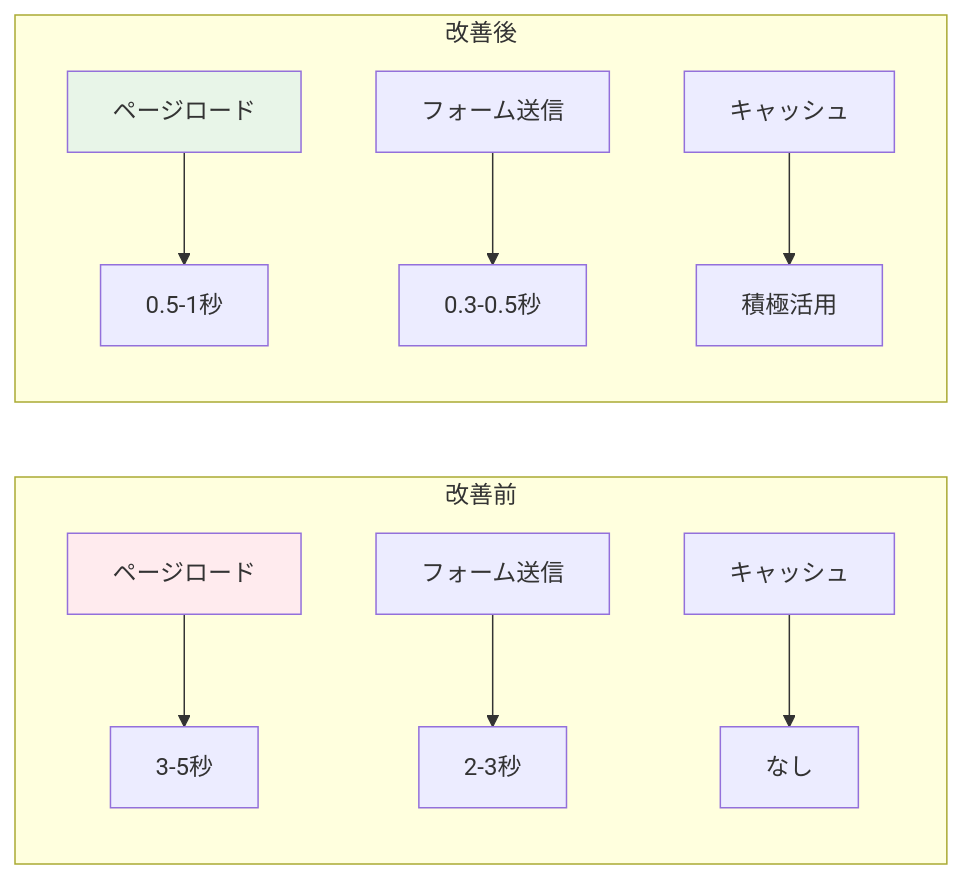
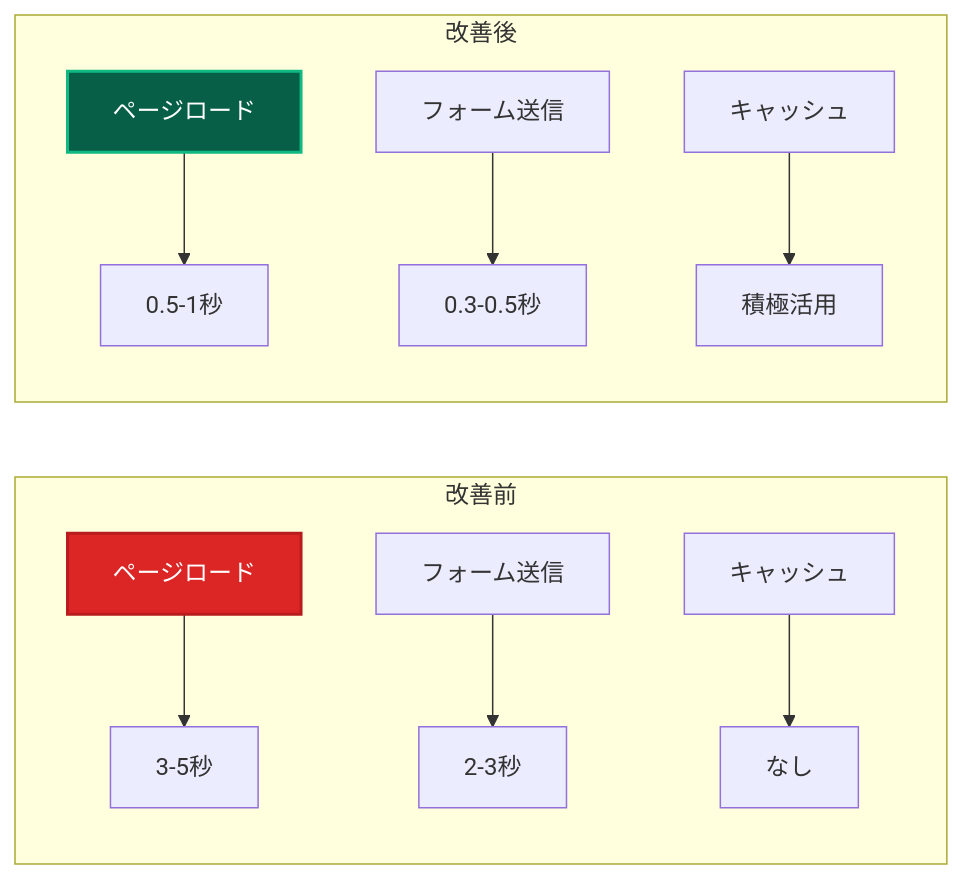
The second of 2 diagrams in _DOCS/guides/nextjs-integration-patterns.md (derushio/d-next-ddd-example), drawn with Mermaid before and after one commit. The commit also changed other lines of this file and 31 other files, not shown here.

Commit message:
🎨: DOCSのMermaid図表カラーテーマを暗色に統一し視認性を向上

````diff
--- a/_DOCS/guides/nextjs-integration-patterns.md
+++ b/_DOCS/guides/nextjs-integration-patterns.md
@@ -746,17 +746,17 @@
 ```mermaid
 graph LR
     subgraph "改善前"
         A1[ページロード] --> B1[3-5秒]
         C1[フォーム送信] --> D1[2-3秒]
         E1[キャッシュ] --> F1[なし]
     end
     
     subgraph "改善後"
         A2[ページロード] --> B2[0.5-1秒]
         C2[フォーム送信] --> D2[0.3-0.5秒]
         E2[キャッシュ] --> F2[積極活用]
     end
     
-    style A1 fill:#ffebee
-    style A2 fill:#e8f5e8
+    style A1 fill:#dc2626,stroke:#b91c1c,stroke-width:2px,color:#ffffff fill:#dc2626,stroke:#b91c1c,stroke-width:2px,color:#ffffff
+    style A2 fill:#065f46,stroke:#10b981,stroke-width:2px,color:#ffffff fill:#065f46,stroke:#10b981,stroke-width:2px,color:#ffffff
 ```
````
